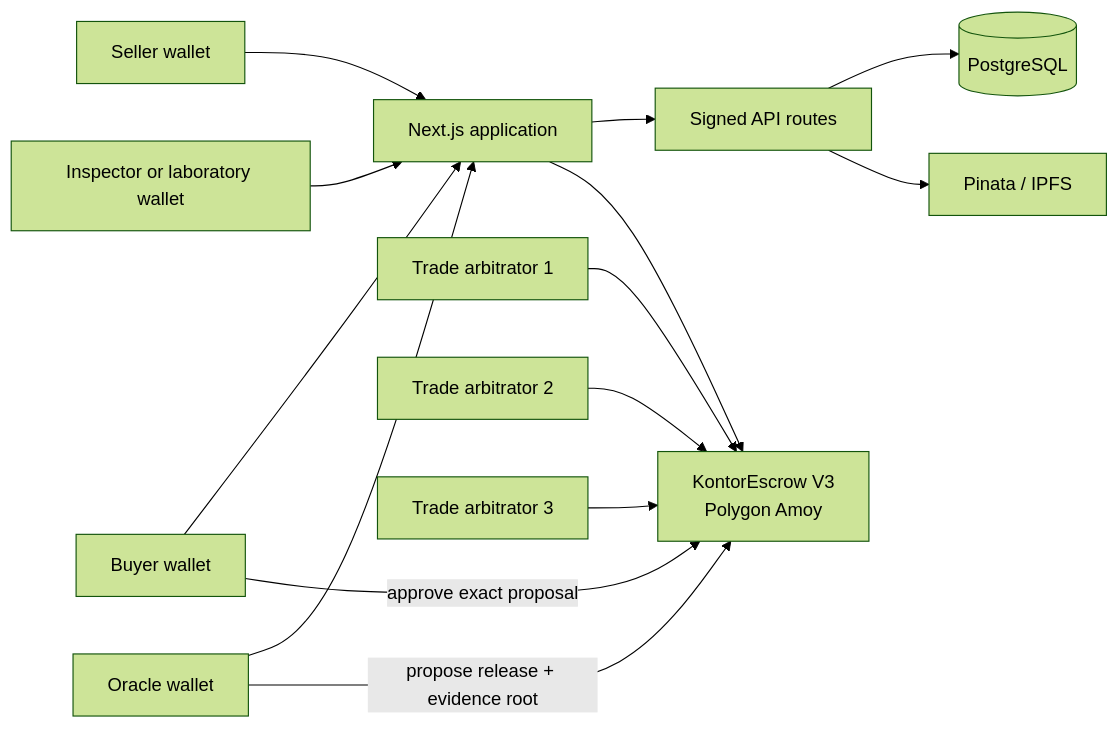
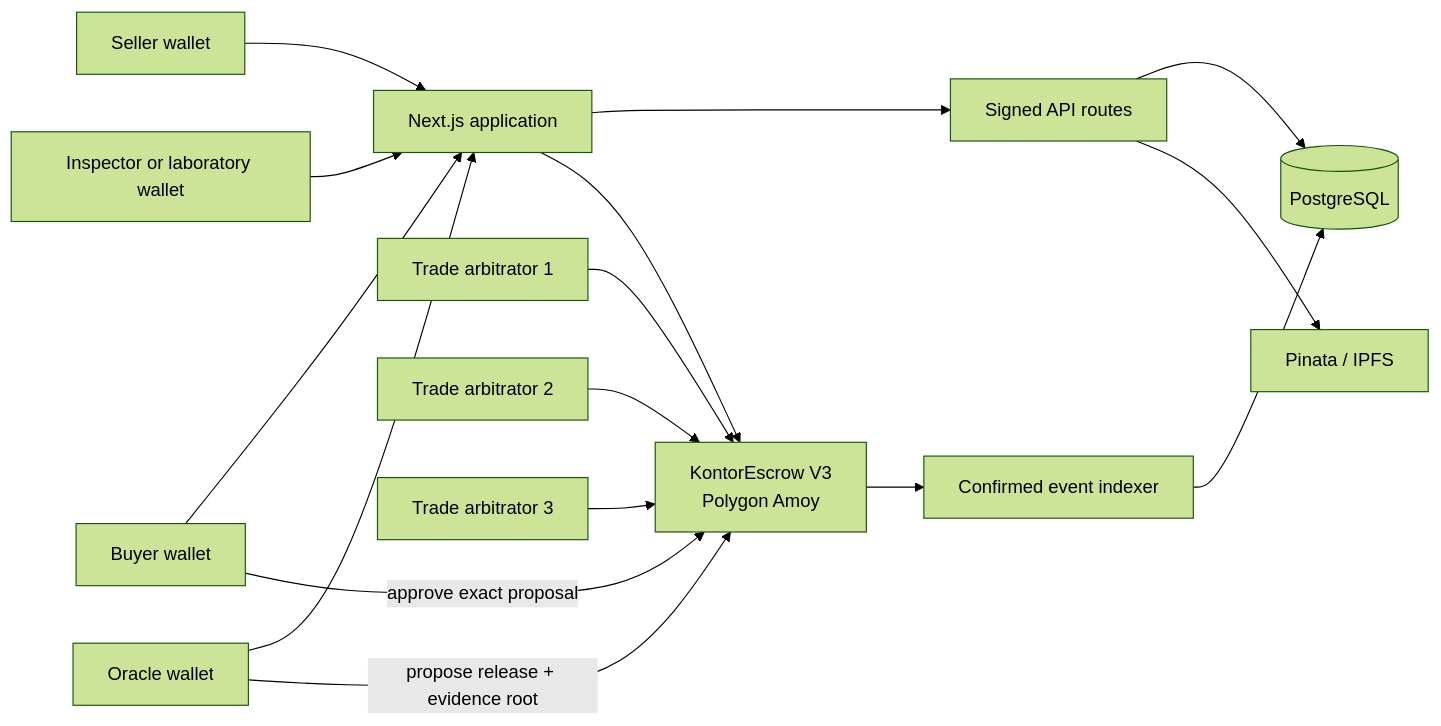
The diagram in README.md (roxsonltd-droid/kontor21), drawn with Mermaid (forest theme) before and after one commit. The commit also changed other lines of this file and 15 other files, not shown here.

````diff
--- a/README.md
+++ b/README.md
@@ -14,16 +14,18 @@
 ```mermaid
 flowchart LR
     B[Buyer wallet] --> UI[Next.js application]
     S[Seller wallet] --> UI
     P[Inspector or laboratory wallet] --> UI
     O[Oracle wallet] --> UI
     UI --> API[Signed API routes]
     API --> DB[(PostgreSQL)]
     API --> IPFS[Pinata / IPFS]
+    SC --> IDX[Confirmed event indexer]
+    IDX --> DB
     UI --> SC[KontorEscrow V3<br/>Polygon Amoy]
     A1[Trade arbitrator 1] --> SC
     A2[Trade arbitrator 2] --> SC
     A3[Trade arbitrator 3] --> SC
     O -->|propose release + evidence root| SC
     B -->|approve exact proposal| SC
 ```
````
